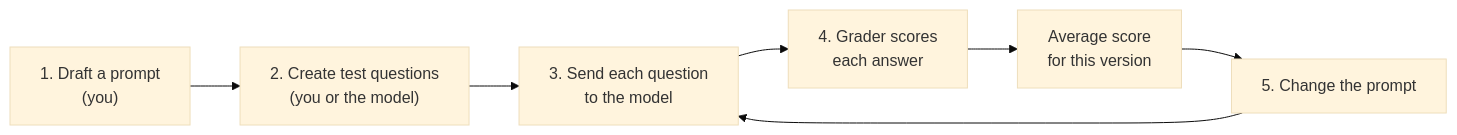
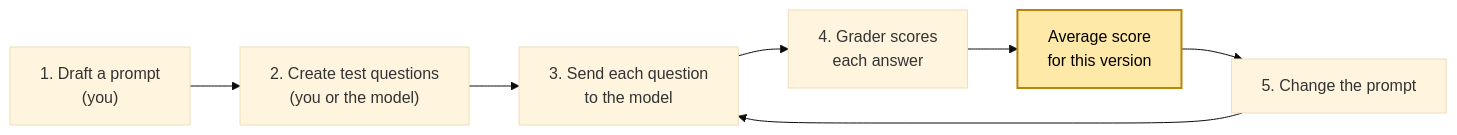
One commit to nirajp82/ClaudeArchitectStudyGuide changed the first of 3 diagrams in 02_BuildingWithTheClaudeAPI/02-prompt-evaluation/10-a-typical-eval-workflow.md. Above: the diagram before and after it, drawn with Mermaid (base theme). The commit also changed other lines of this file, not shown here.

Commit message:
Lesson 10: diagram-first rewrite with why-chain opening, all facts kept

````diff
--- a/02_BuildingWithTheClaudeAPI/02-prompt-evaluation/10-a-typical-eval-workflow.md
+++ b/02_BuildingWithTheClaudeAPI/02-prompt-evaluation/10-a-typical-eval-workflow.md
@@ -79,9 +44,10 @@
 ```mermaid
 flowchart LR
     A["1. Draft a prompt<br/>(you)"] --> B["2. Create test questions<br/>(you or the model)"]
     B --> C["3. Send each question<br/>to the model"]
     C --> D["4. Grader scores<br/>each answer"]
     D --> E["Average score<br/>for this version"]
     E --> F["5. Change the prompt"]
     F --> C
+    style E fill:#ffe9a8,stroke:#b8860b,stroke-width:2px,color:#000000
 ```
````
